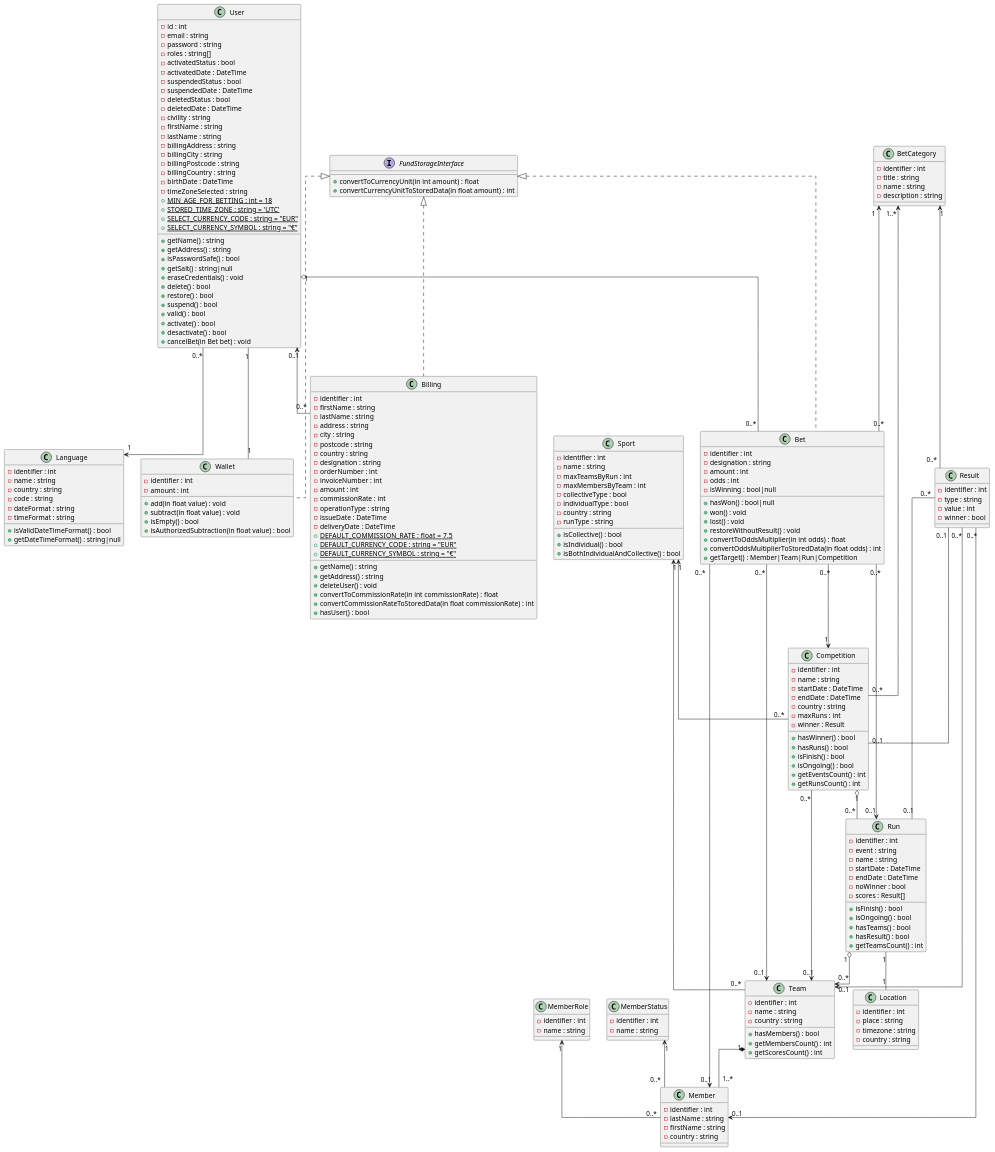
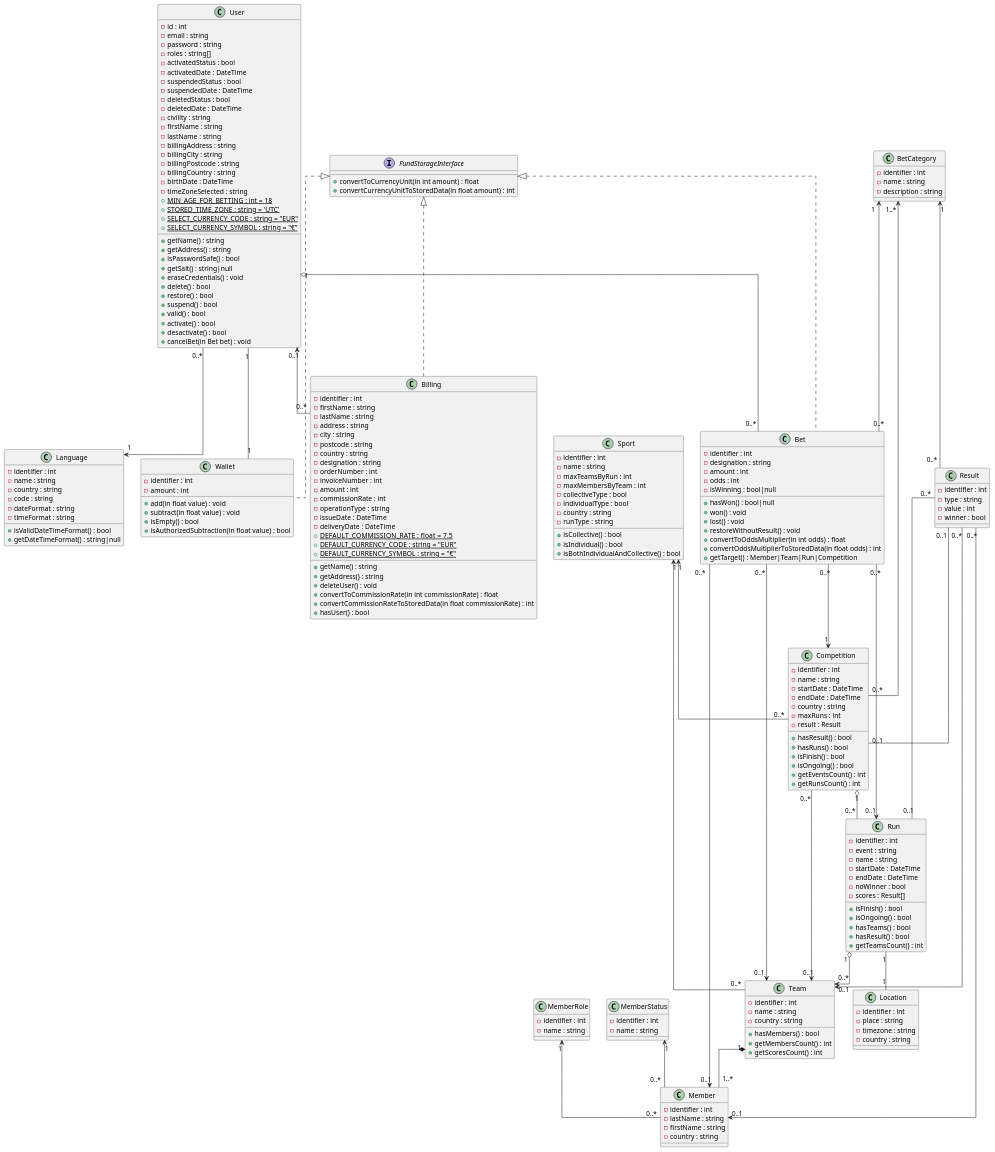
Before and after one commit to OFP-CDA-Mulhouse-2020/parisportif5: the diagram in docs/Uml/Diagramme_de_classe/Diagramme_de_classe.puml, drawn with PlantUML. The commit also changed 19 other files, not shown here.

```diff
--- a/docs/Uml/Diagramme_de_classe/Diagramme_de_classe.puml
+++ b/docs/Uml/Diagramme_de_classe/Diagramme_de_classe.puml
@@ -168,7 +168,6 @@
     'Catégorie de paris (ex: Paris sur le résultat)
     class BetCategory {
         -identifier : int
-        -title : string
         -name : string
         -description : string
     }
@@ -201,8 +200,8 @@
         -endDate : DateTime
         -country : string
         -maxRuns : int
-        -winner : Result
-        +hasWinner() : bool
+        -result : Result
+        +hasResult() : bool
         +hasRuns() : bool
         +isFinish() : bool
         +isOngoing() : bool
```
